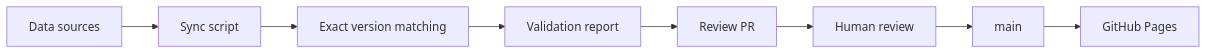
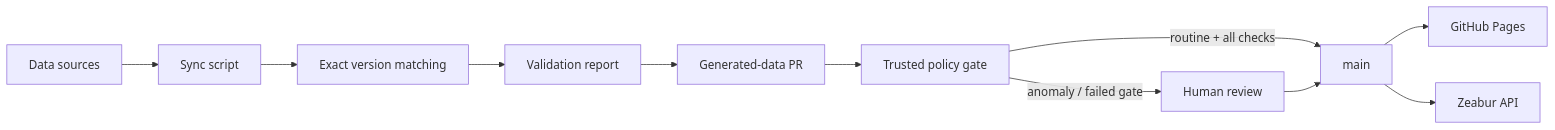
The diagram in README.md (joker01-01/ai-model-leaderboard), drawn with Mermaid before and after one commit. The commit also changed other lines of this file and 3 other files, not shown here.

````diff
--- a/README.md
+++ b/README.md
@@ -48,13 +48,19 @@
 ```mermaid
 flowchart LR
   src[Data sources]
   sync[Sync script]
   match[Exact version matching]
   report[Validation report]
-  pr[Review PR]
+  pr[Generated-data PR]
+  gate[Trusted policy gate]
   human[Human review]
   main[main]
   pages[GitHub Pages]
+  api[Zeabur API]
 
-  src --> sync --> match --> report --> pr --> human --> main --> pages
+  src --> sync --> match --> report --> pr --> gate
+  gate -->|routine + all checks| main
+  gate -->|anomaly / failed gate| human --> main
+  main --> pages
+  main --> api
 ```
````
